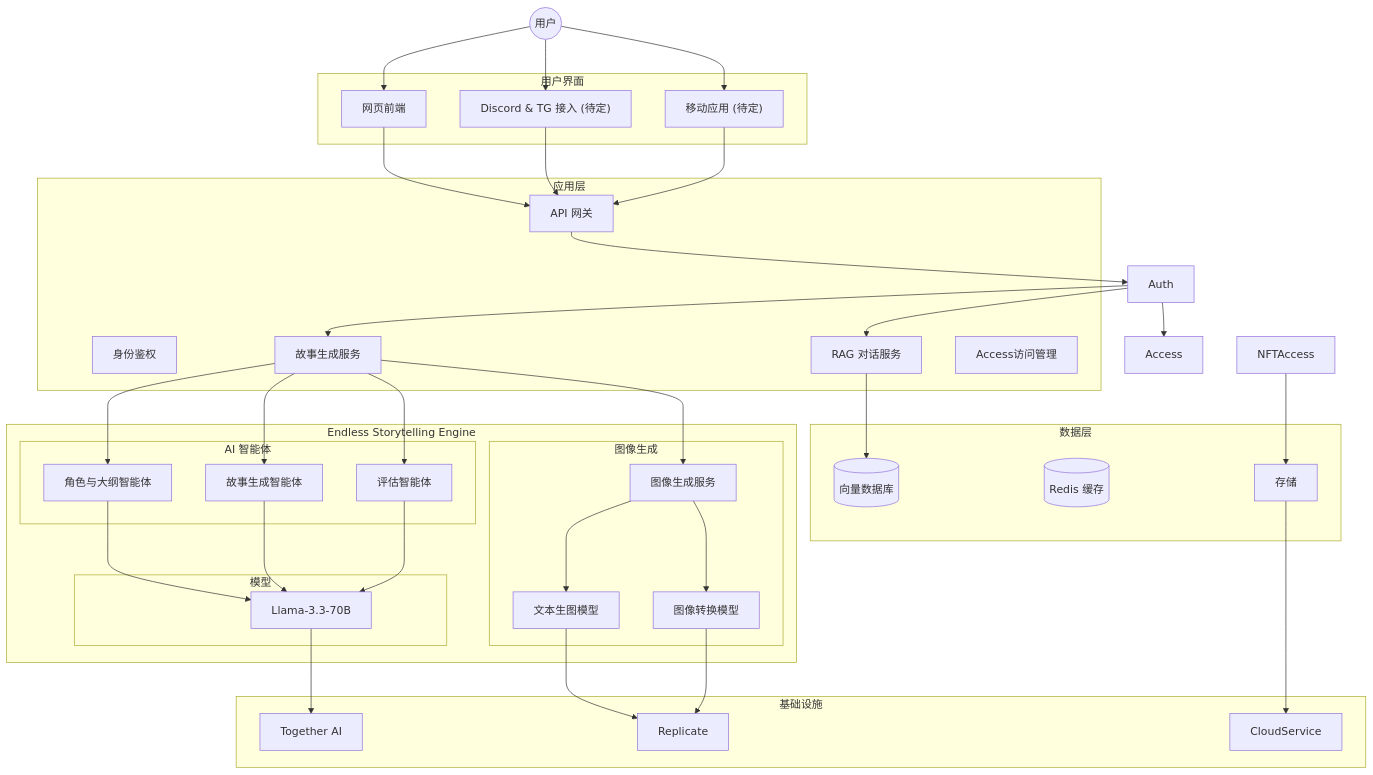
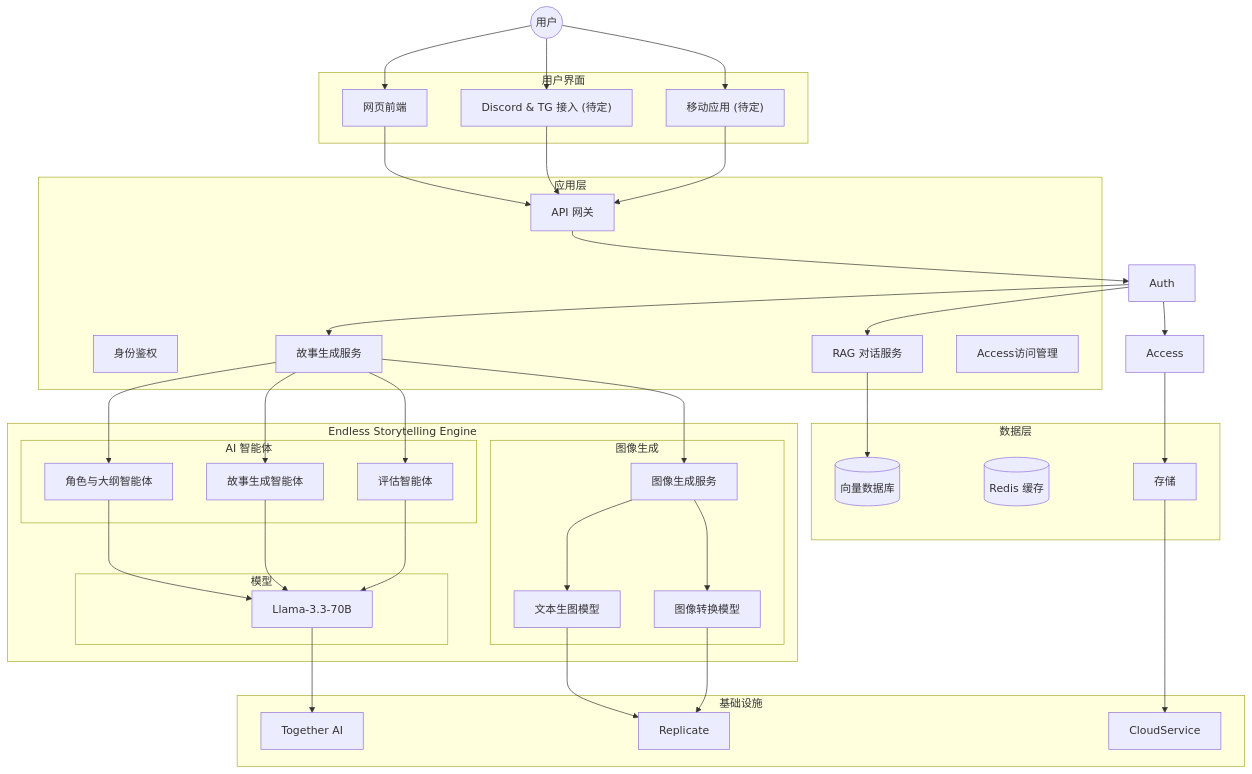
The first of 2 diagrams in README.zh-cn.md (WyseOS/fictionx-story-gen), drawn with Mermaid before and after one commit.

````diff
--- a/README.zh-cn.md
+++ b/README.zh-cn.md
@@ -39,77 +39,77 @@
 ```mermaid
 graph TB
     User((用户)) --> Frontpage
     User --> Social
     User --> Mobile
 
     subgraph "用户界面"
         Frontpage["网页前端"]
         Social["Discord & TG 接入 (待定)"]
         Mobile["移动应用 (待定)"]
     end
 
     subgraph "应用层"
         API[API 网关]
         oAuth2[身份鉴权]
         StoryGen[故事生成服务]
         Chat[RAG 对话服务]
         AuthAccess[Access访问管理]
     end
 
     subgraph "Endless Storytelling Engine"
         subgraph "AI 智能体"
             COA[角色与大纲智能体]
             SGA[故事生成智能体]
             EA[评估智能体]
         end
         
         subgraph "图像生成"
             ImgGen[图像生成服务]
             T2I[文本生图模型]
             I2I[图像转换模型]
         end
         
         subgraph "模型"
             LLM[Llama-3.3-70B]
         end
     end
 
     subgraph "数据层"
         VDB[(向量数据库)]
         Cache[(Redis 缓存)]
         BC[存储]
     end
 
     subgraph "基础设施"
         Together[Together AI]
         Replicate[Replicate]
         Cloud[CloudService]
     end
 
     Frontpage --> API
     Social --> API
     Mobile --> API
     API --> Auth
     Auth --> StoryGen
     Auth --> Chat
     Auth --> Access
     
     StoryGen --> COA
     StoryGen --> SGA
     StoryGen --> EA
     StoryGen --> ImgGen
     ImgGen --> T2I
     ImgGen --> I2I
     Chat --> VDB
     
     COA --> LLM
     SGA --> LLM
     EA --> LLM
     
     LLM --> Together
     T2I --> Replicate
     I2I --> Replicate
     
-    NFTAccess --> BC
+    Access --> BC
     BC --> Cloud
 ```
````
